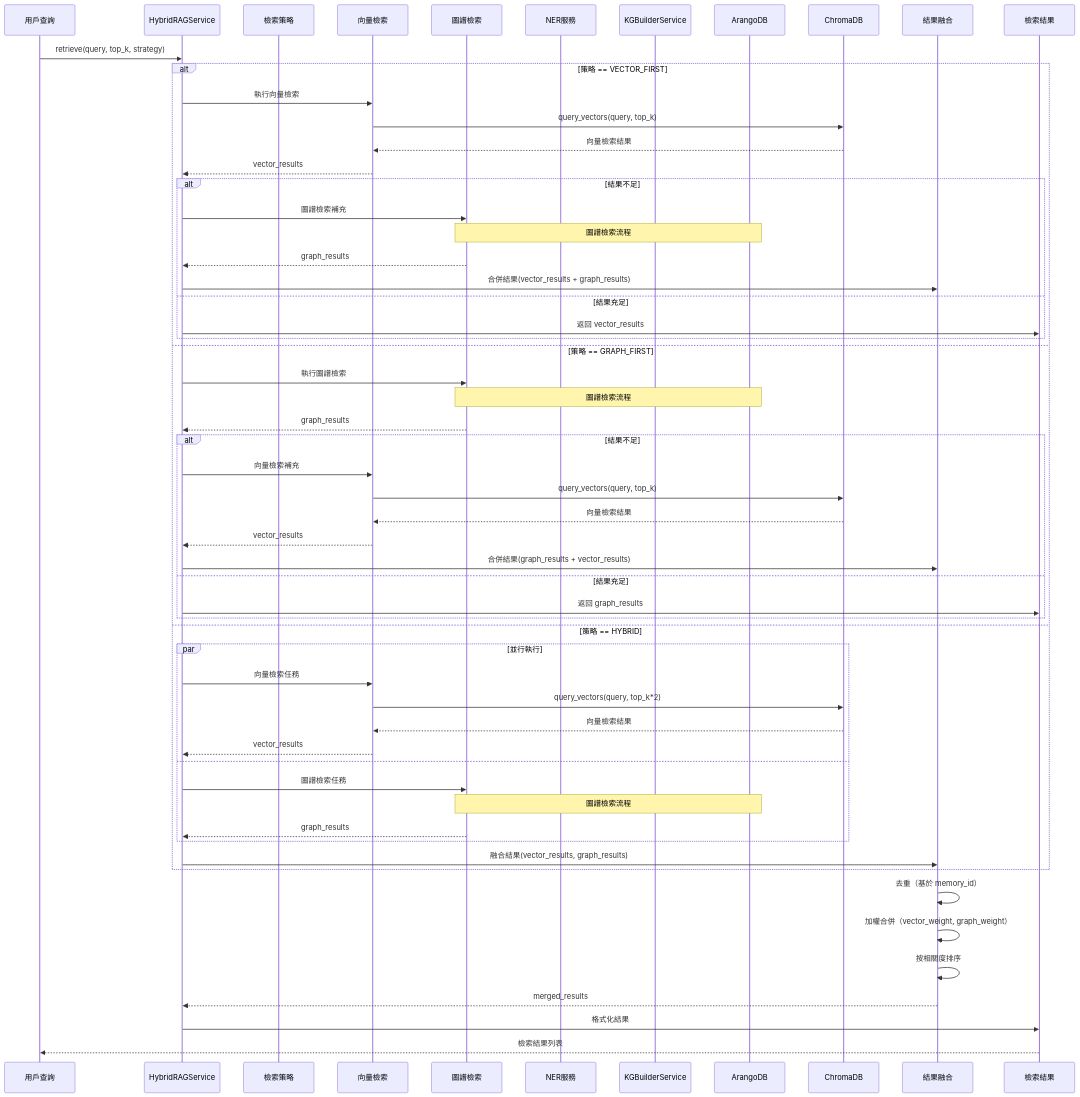
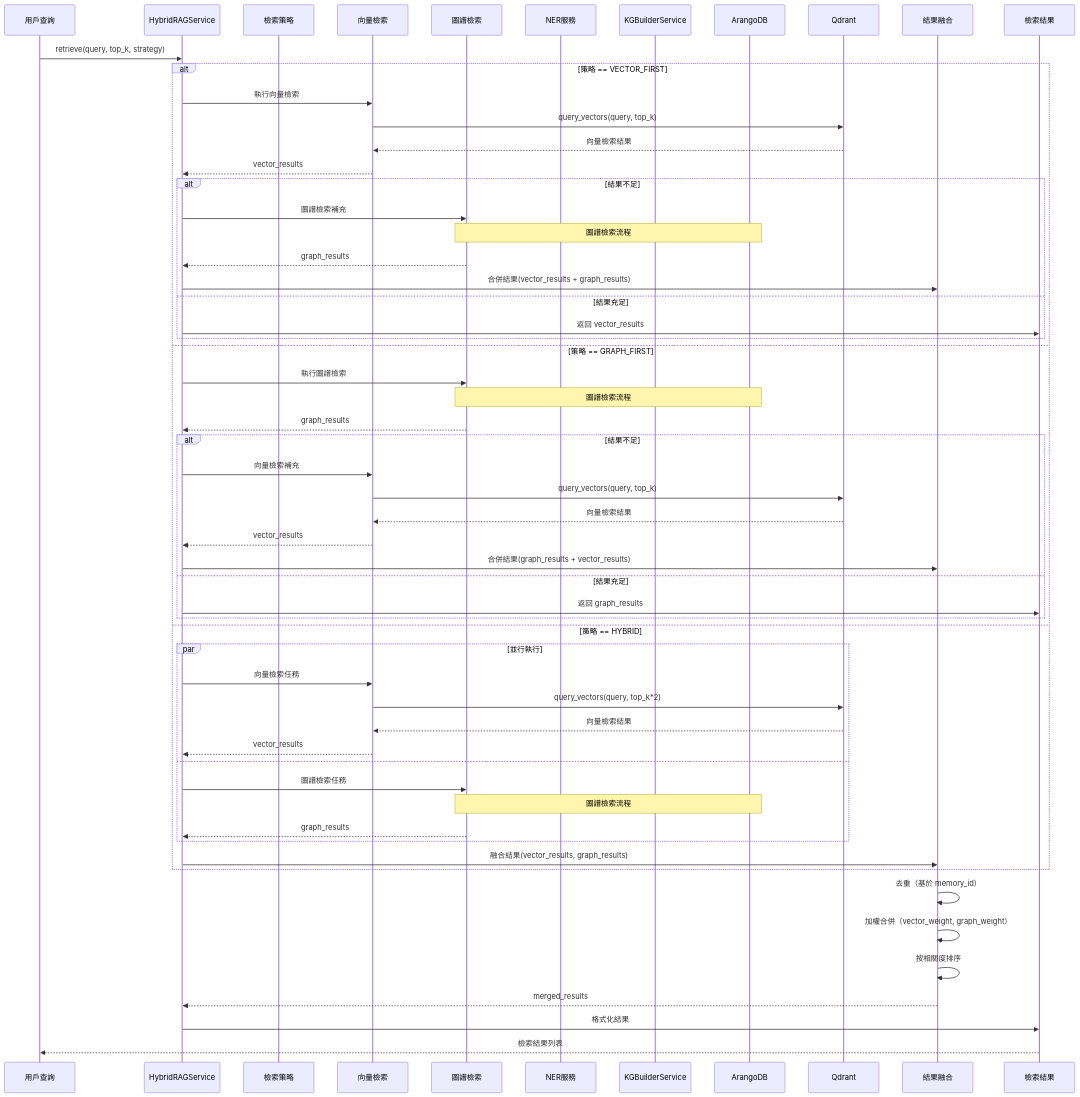
One commit to DanielChung520/AI-Box changed the second of 3 diagrams in docs/系统设计文档/核心组件/文件上傳向量圖譜/向量與圖檢索混合查詢邏輯.md. Above: the diagram before and after it, drawn with Mermaid. The commit also changed other lines of this file and 431 other files, not shown here.

````diff
--- a/docs/系统设计文档/核心组件/文件上傳向量圖譜/向量與圖檢索混合查詢邏輯.md
+++ b/docs/系统设计文档/核心组件/文件上傳向量圖譜/向量與圖檢索混合查詢邏輯.md
@@ -231,65 +249,65 @@
 ```mermaid
 sequenceDiagram
     participant User as 用戶查詢
     participant HRS as HybridRAGService
     participant Strategy as 檢索策略
     participant VR as 向量檢索
     participant GR as 圖譜檢索
     participant NER as NER服務
     participant KG as KGBuilderService
     participant ArangoDB as ArangoDB
-    participant ChromaDB as ChromaDB
+    participant Qdrant as Qdrant
     participant MR as 結果融合
     participant Result as 檢索結果
 
     User->>HRS: retrieve(query, top_k, strategy)
-  
+
     alt 策略 == VECTOR_FIRST
         HRS->>VR: 執行向量檢索
-        VR->>ChromaDB: query_vectors(query, top_k)
-        ChromaDB-->>VR: 向量檢索結果
+        VR->>Qdrant: query_vectors(query, top_k)
+        Qdrant-->>VR: 向量檢索結果
         VR-->>HRS: vector_results
-      
+
         alt 結果不足
             HRS->>GR: 圖譜檢索補充
             Note over GR,ArangoDB: 圖譜檢索流程
             GR-->>HRS: graph_results
             HRS->>MR: 合併結果(vector_results + graph_results)
         else 結果充足
             HRS->>Result: 返回 vector_results
         end
     else 策略 == GRAPH_FIRST
         HRS->>GR: 執行圖譜檢索
         Note over GR,ArangoDB: 圖譜檢索流程
         GR-->>HRS: graph_results
-      
+
         alt 結果不足
             HRS->>VR: 向量檢索補充
-            VR->>ChromaDB: query_vectors(query, top_k)
-            ChromaDB-->>VR: 向量檢索結果
+            VR->>Qdrant: query_vectors(query, top_k)
+            Qdrant-->>VR: 向量檢索結果
             VR-->>HRS: vector_results
             HRS->>MR: 合併結果(graph_results + vector_results)
         else 結果充足
             HRS->>Result: 返回 graph_results
         end
     else 策略 == HYBRID
         par 並行執行
             HRS->>VR: 向量檢索任務
-            VR->>ChromaDB: query_vectors(query, top_k*2)
-            ChromaDB-->>VR: 向量檢索結果
+            VR->>Qdrant: query_vectors(query, top_k*2)
+            Qdrant-->>VR: 向量檢索結果
             VR-->>HRS: vector_results
         and
             HRS->>GR: 圖譜檢索任務
             Note over GR,ArangoDB: 圖譜檢索流程
             GR-->>HRS: graph_results
         end
         HRS->>MR: 融合結果(vector_results, graph_results)
     end
-  
+
     MR->>MR: 去重（基於 memory_id）
     MR->>MR: 加權合併（vector_weight, graph_weight）
     MR->>MR: 按相關度排序
     MR-->>HRS: merged_results
     HRS->>Result: 格式化結果
     Result-->>User: 檢索結果列表
 ```
````
